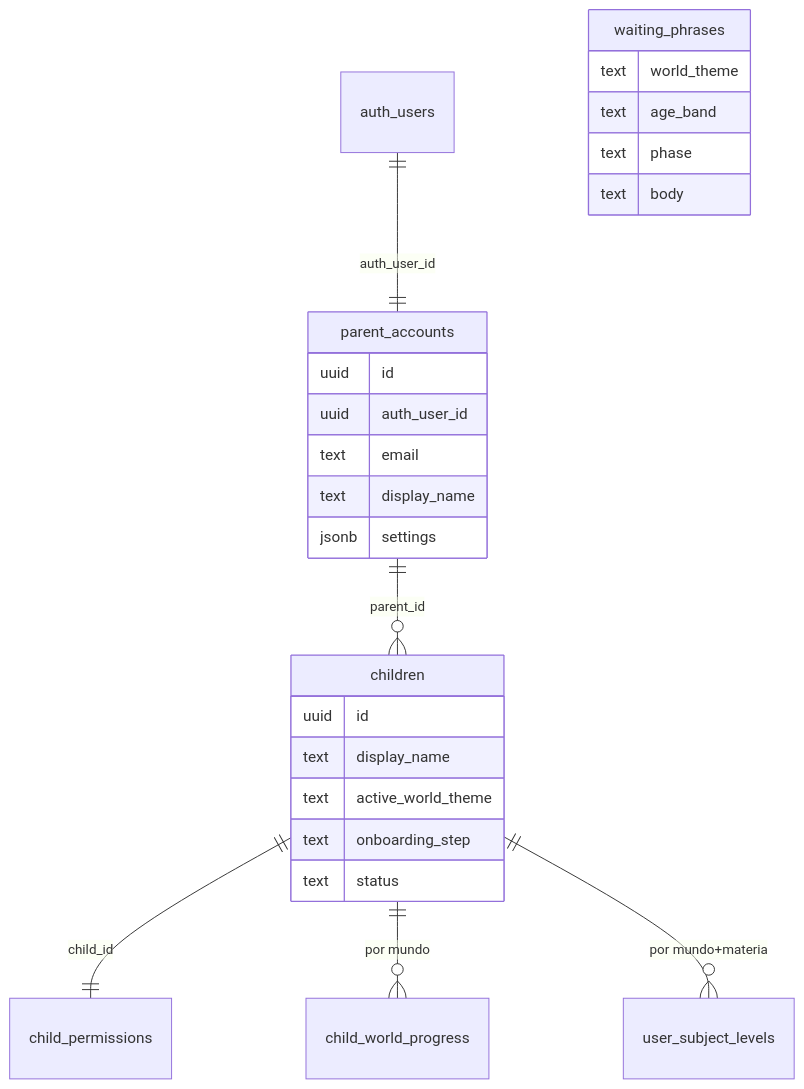
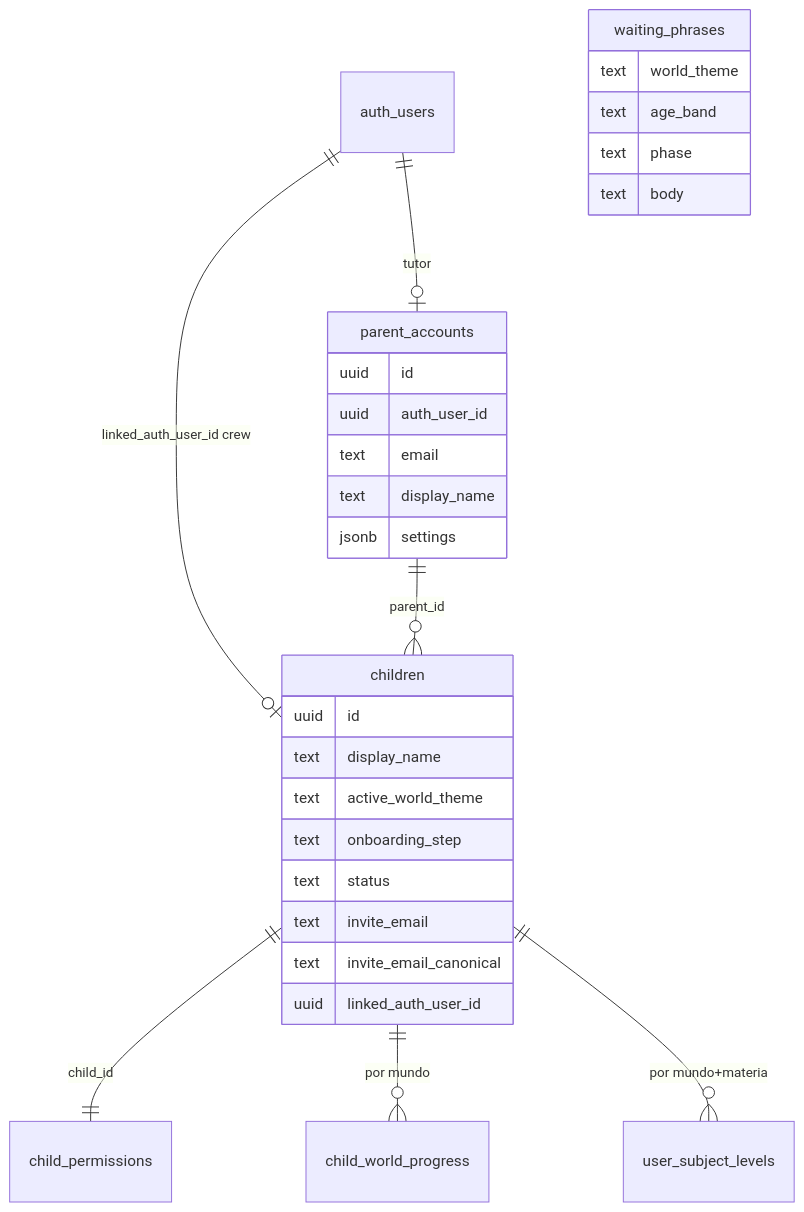
One commit to KuiperBelt-PRO/kidepik changed the third of 3 diagrams in .cursor/diagrams/05-data-auth-model.md. Above: the diagram before and after it, drawn with Mermaid. The commit also changed other lines of this file and 85 other files, not shown here.

First line of the commit message:
add crew member accounts and developer debug for crew

````diff
--- a/.cursor/diagrams/05-data-auth-model.md
+++ b/.cursor/diagrams/05-data-auth-model.md
@@ -53,28 +55,32 @@
 ```mermaid
 erDiagram
-  auth_users ||--|| parent_accounts : "auth_user_id"
+  auth_users ||--o| parent_accounts : "tutor"
+  auth_users ||--o| children : "linked_auth_user_id crew"
   parent_accounts ||--o{ children : "parent_id"
   children ||--|| child_permissions : "child_id"
   children ||--o{ child_world_progress : "por mundo"
   children ||--o{ user_subject_levels : "por mundo+materia"
   waiting_phrases {
     text world_theme
     text age_band
     text phase
     text body
   }
   parent_accounts {
     uuid id
     uuid auth_user_id
     text email
     text display_name
     jsonb settings
   }
   children {
     uuid id
     text display_name
     text active_world_theme
     text onboarding_step
     text status
+    text invite_email
+    text invite_email_canonical
+    uuid linked_auth_user_id
   }
 ```
````
